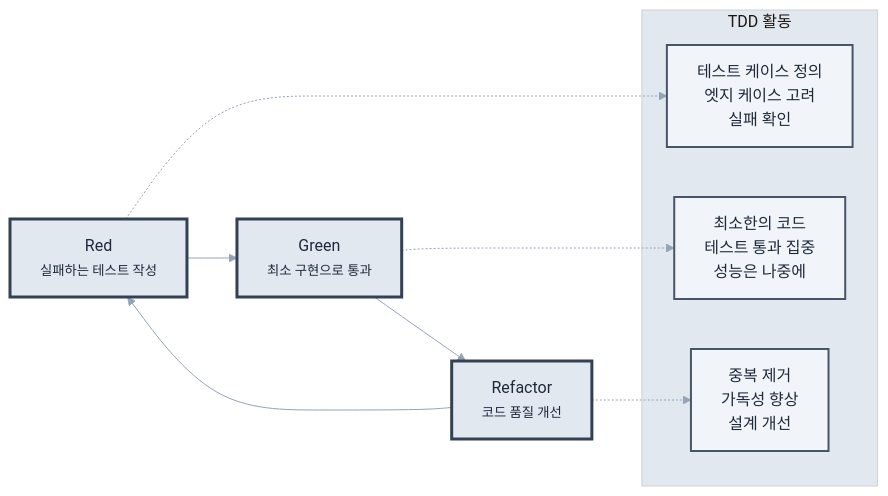
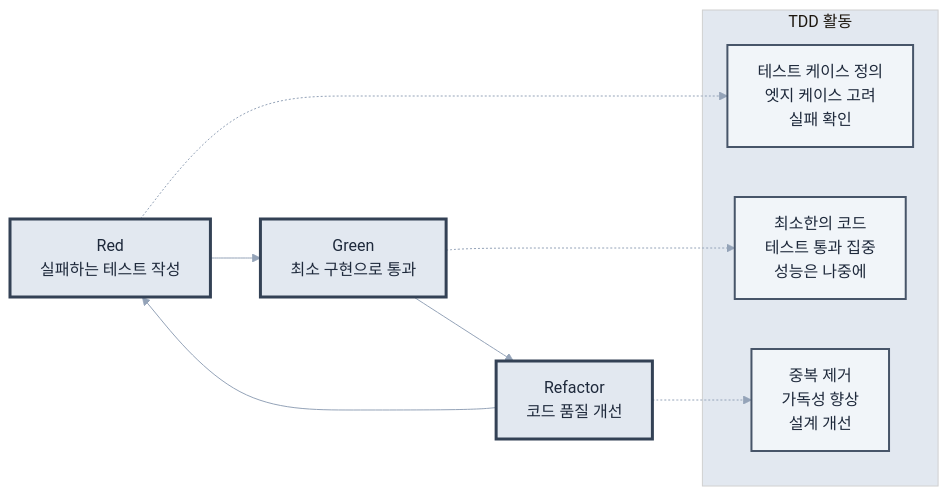
Before and after one commit to revfactory/claude-code-mastering: the third of 5 diagrams in book/07-chapter7.md, drawn with Mermaid. The commit also changed other lines of this file and 10 other files, not shown here.

First line of the commit message:
fix: 챕터 2-13 Mermaid 다이어그램 텍스트 렌더링 최적화

````diff
--- a/book/07-chapter7.md
+++ b/book/07-chapter7.md
@@ -222,23 +222,23 @@
 ```mermaid
 %%{init: {"theme": "base", "themeVariables": {"primaryColor": "#f8fafc", "primaryTextColor": "#1e293b", "primaryBorderColor": "#e2e8f0", "lineColor": "#94a3b8", "secondaryColor": "#f1f5f9", "tertiaryColor": "#e2e8f0"}}}%%
 flowchart LR
-    A[Red<br/><small>실패하는 테스트 작성</small>] --> B[Green<br/><small>최소 구현으로 통과</small>]
-    B --> C[Refactor<br/><small>코드 품질 개선</small>]
+    A[Red<br/>실패하는 테스트 작성] --> B[Green<br/>최소 구현으로 통과]
+    B --> C[Refactor<br/>코드 품질 개선]
     C --> A
     
     subgraph activities [TDD 활동]
         D[테스트 케이스 정의<br/>엣지 케이스 고려<br/>실패 확인]
         E[최소한의 코드<br/>테스트 통과 집중<br/>성능은 나중에]
         F[중복 제거<br/>가독성 향상<br/>설계 개선]
     end
     
     A -.-> D
     B -.-> E
     C -.-> F
     
     classDef cycleStyle fill:#e2e8f0,stroke:#334155,stroke-width:3px,color:#1e293b
     classDef activityStyle fill:#f1f5f9,stroke:#475569,stroke-width:2px,color:#1e293b
     
     class A,B,C cycleStyle
     class D,E,F activityStyle
 ```
````
